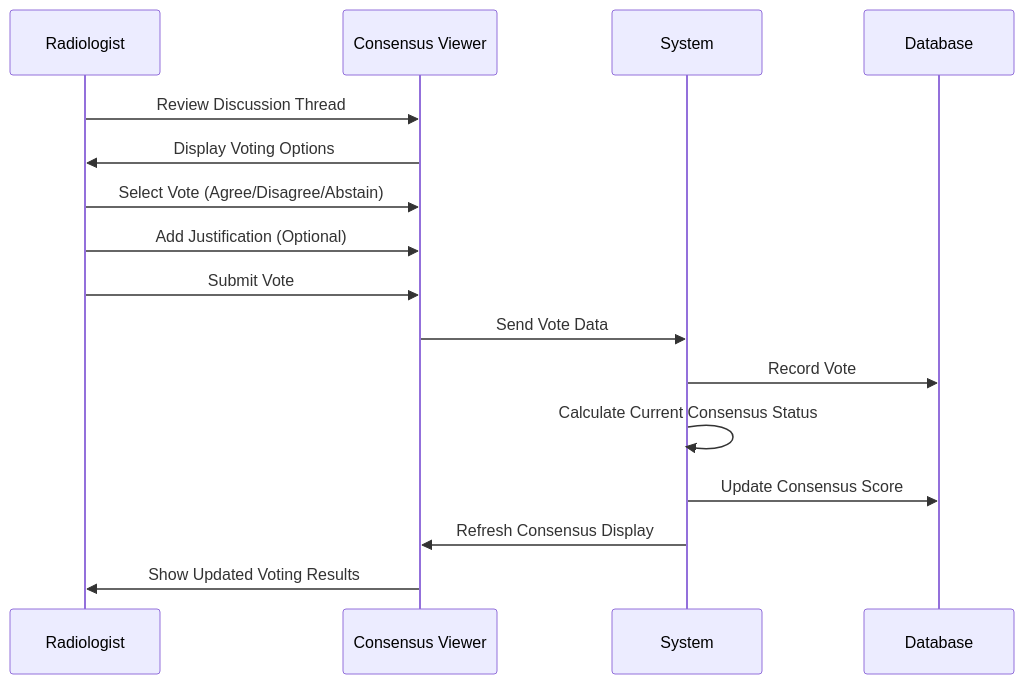
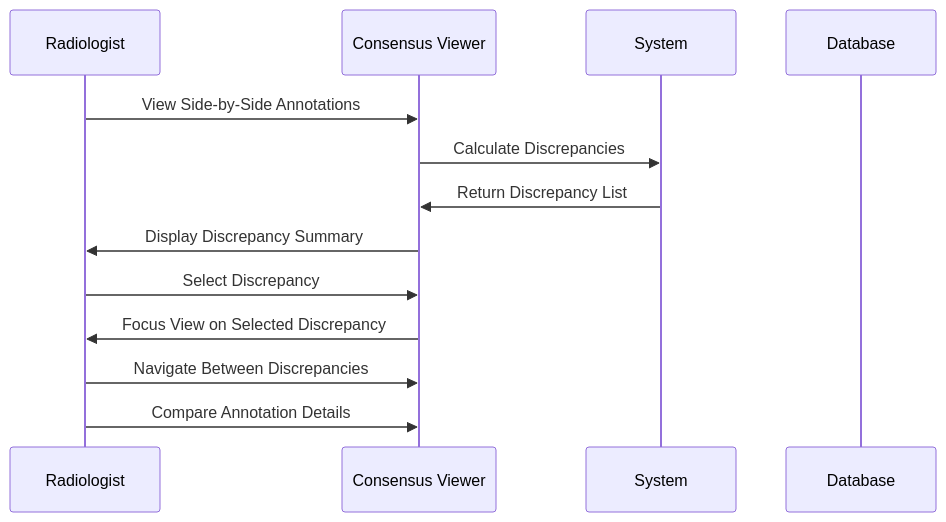
One commit to mgadaphy/dicom-research changed the eighth of 8 diagrams in docs/user_workflows.md. Above: the diagram before and after it, drawn with Mermaid. The commit also changed other lines of this file and 1 other file, not shown here.

Commit message:
Updated the the documentations of the database schema

````diff
--- a/docs/user_workflows.md
+++ b/docs/user_workflows.md
@@ -320,19 +193,16 @@
 ```mermaid
 sequenceDiagram
     participant R as Radiologist
     participant V as Consensus Viewer
     participant S as System
     participant DB as Database
     
-    R->>V: Review Discussion Thread
-    V->>R: Display Voting Options
-    R->>V: Select Vote (Agree/Disagree/Abstain)
-    R->>V: Add Justification (Optional)
-    R->>V: Submit Vote
-    V->>S: Send Vote Data
-    S->>DB: Record Vote
-    S->>S: Calculate Current Consensus Status
-    S->>DB: Update Consensus Score
-    S->>V: Refresh Consensus Display
-    V->>R: Show Updated Voting Results
+    R->>V: View Side-by-Side Annotations
+    V->>S: Calculate Discrepancies
+    S->>V: Return Discrepancy List
+    V->>R: Display Discrepancy Summary
+    R->>V: Select Discrepancy
+    V->>R: Focus View on Selected Discrepancy
+    R->>V: Navigate Between Discrepancies
+    R->>V: Compare Annotation Details
 ```
````
